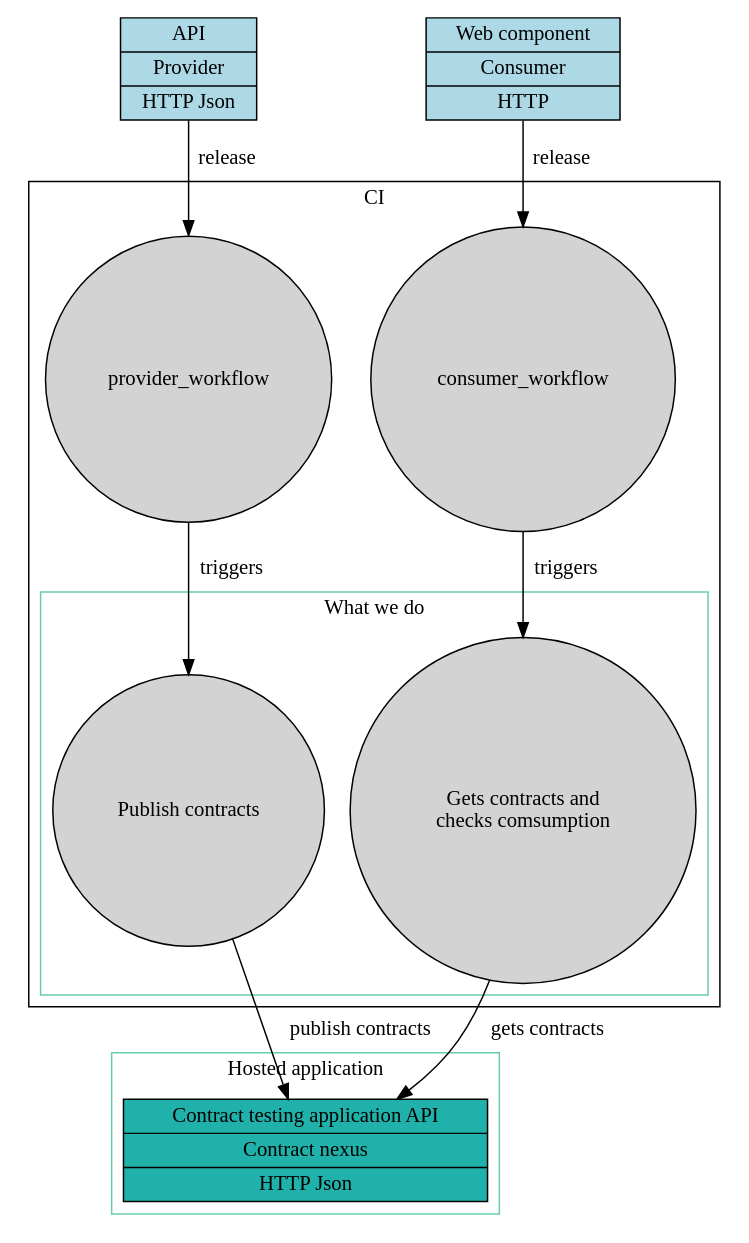
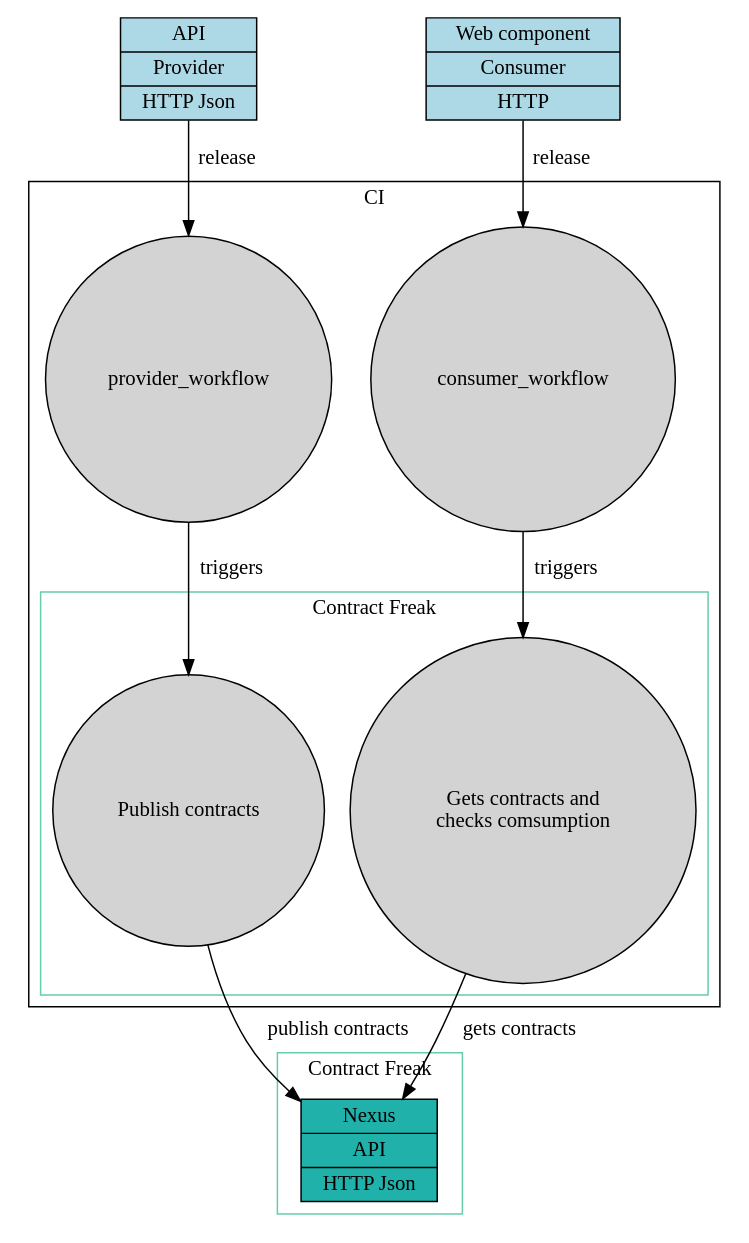
One commit to sicardnicolas/contract-freak-nexus changed the diagram in docs/architecture/c1.dot. Above: the diagram before and after it, drawn with Graphviz. The commit also changed 2 other files, not shown here.

Commit message:
docs: update app naming (#4)

```diff
--- a/docs/architecture/c1.dot
+++ b/docs/architecture/c1.dot
@@ -1,42 +1,42 @@
 digraph C1 {
     node [shape = record, style = filled];
 
     subgraph cluster_0 {
         node [fillcolor = lightseagreen];
         color = aquamarine3;
-        label = "Hosted application";
+        label = "Contract Freak";
 
-        contract_testing_app [label = "{ Contract testing application API | Contract nexus | HTTP Json }"];
+        contract_testing_app [label = "{ Nexus | API | HTTP Json }"];
     }
 
     subgraph cluster_1 {
         node [shape = circle];
         label = "CI";
 
         provider_workflow;
         consumer_workflow;
 
         provider_workflow -> publish_contract_job [label = "triggers"];
         consumer_workflow -> gets_contract_job [label = "triggers"];
 
         subgraph cluster_10 {
             node [fillcolor = lightseagreen];
-            label = "What we do"
+            label = "Contract Freak"
             color = aquamarine3;
 
             publish_contract_job [label = "Publish contracts"];
             gets_contract_job [label = "Gets contracts and
 checks comsumption"];
 
             publish_contract_job -> contract_testing_app [label = "publish contracts"];
             gets_contract_job -> contract_testing_app [label = "gets contracts"];
         }
     }
 
     api [fillcolor = "lightblue", label = "{ API | Provider | HTTP Json}"];
     api_consumer [fillcolor = "lightblue", label = "{ Web component | Consumer | HTTP }"];
 
     api -> provider_workflow [label = "release"];
 
     api_consumer -> consumer_workflow [label = "release"];
 }
```
